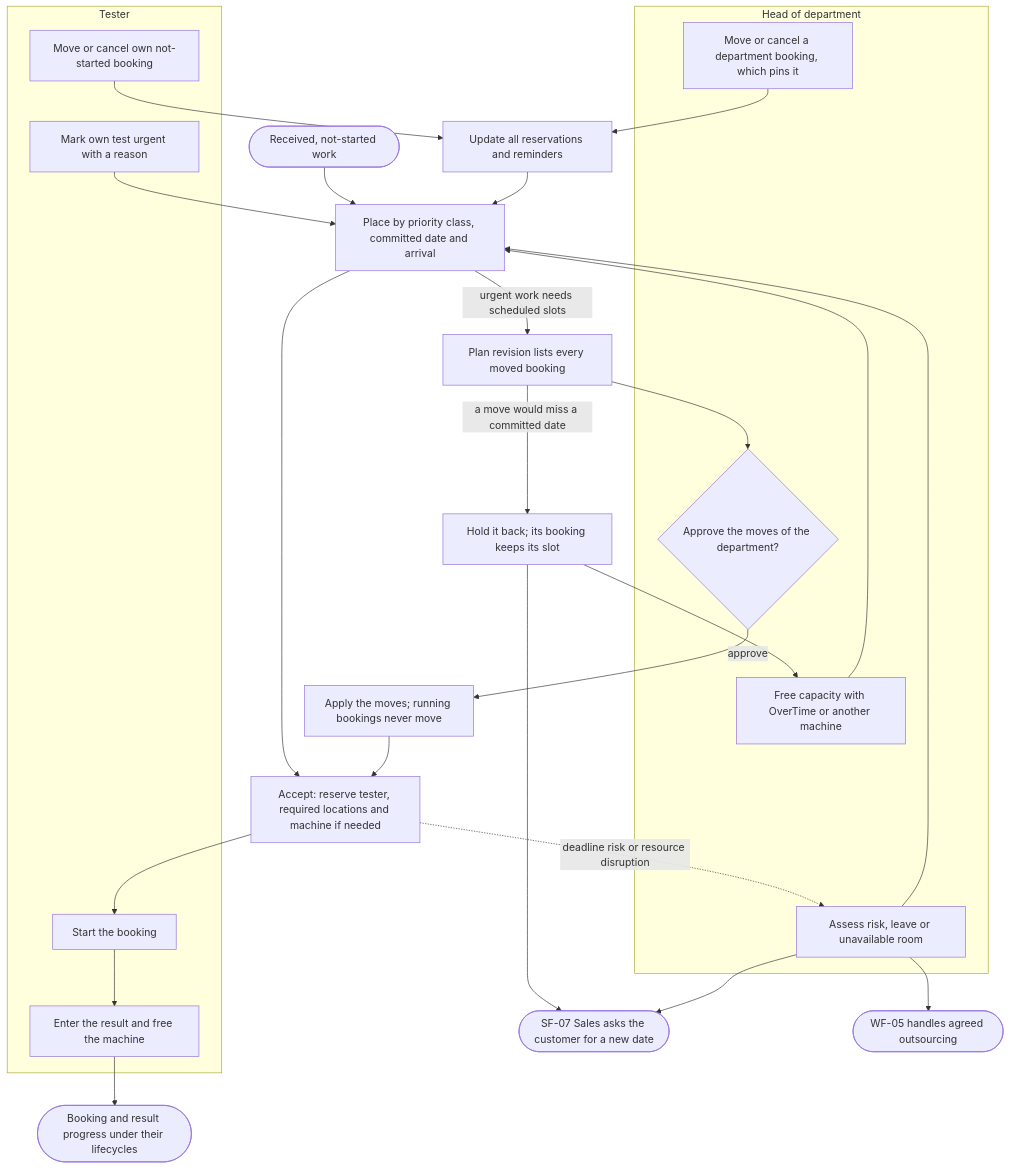
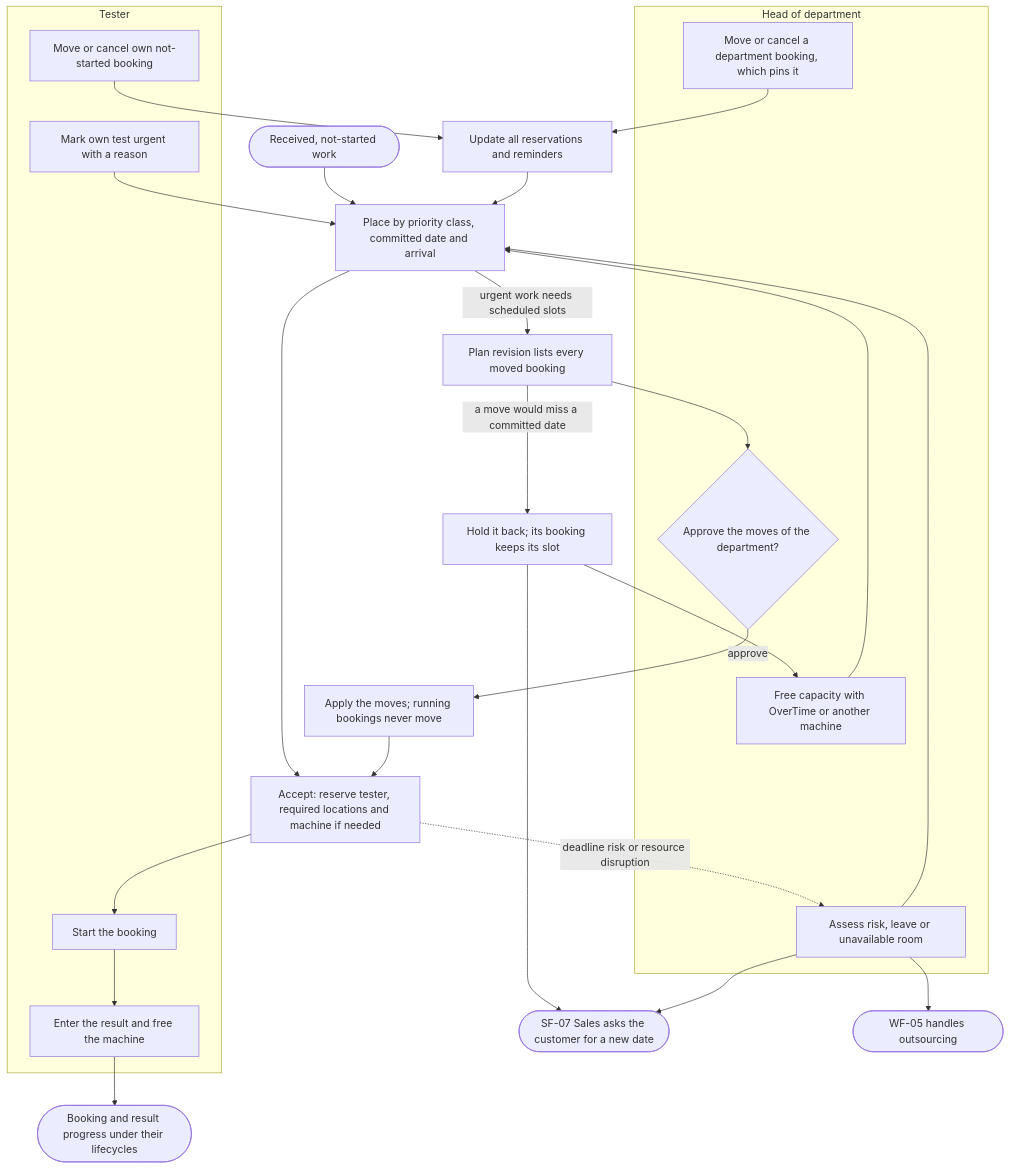
Before and after one commit to SoltuneMontepre/medilab: diagram 16 of 17 in docs/functional/business-flows.md, drawn with Mermaid. The commit also changed other lines of this file and 12 other files, not shown here.

````diff
--- a/docs/functional/business-flows.md
+++ b/docs/functional/business-flows.md
@@ -710,31 +707,31 @@
 ```mermaid
 flowchart TD
     subgraph lane64 ["Tester"]
         t1[Start the booking] --> t2[Enter the result and free the machine]
         t3[Move or cancel own not-started booking]
         t4[Mark own test urgent with a reason]
     end
     subgraph lane65 ["Head of department"]
         h1[Move or cancel a department booking, which pins it]
         h2{Approve the moves of the department?}
         h4[Assess risk, leave or unavailable room]
         h5[Free capacity with OverTime or another machine]
     end
     q([Received, not-started work]) --> slot[Place by priority class, committed date and arrival]
     slot --> schedule[Accept: reserve tester, required locations and machine if needed]
     schedule --> t1
     t2 --> done([Booking and result progress under their lifecycles])
     t3 --> sync[Update all reservations and reminders] --> slot
     h1 --> sync
     t4 --> slot
     slot -->|urgent work needs scheduled slots| revision[Plan revision lists every moved booking]
     revision --> h2
     h2 -->|approve| apply[Apply the moves; running bookings never move] --> schedule
     revision -->|a move would miss a committed date| held[Hold it back; its booking keeps its slot]
     held --> date([SF-07 Sales asks the customer for a new date])
     held --> h5 --> slot
     schedule -.->|deadline risk or resource disruption| h4
     h4 --> slot
     h4 --> date
-    h4 --> outsource([WF-05 handles agreed outsourcing])
+    h4 --> outsource([WF-05 handles outsourcing])
 ```
````
